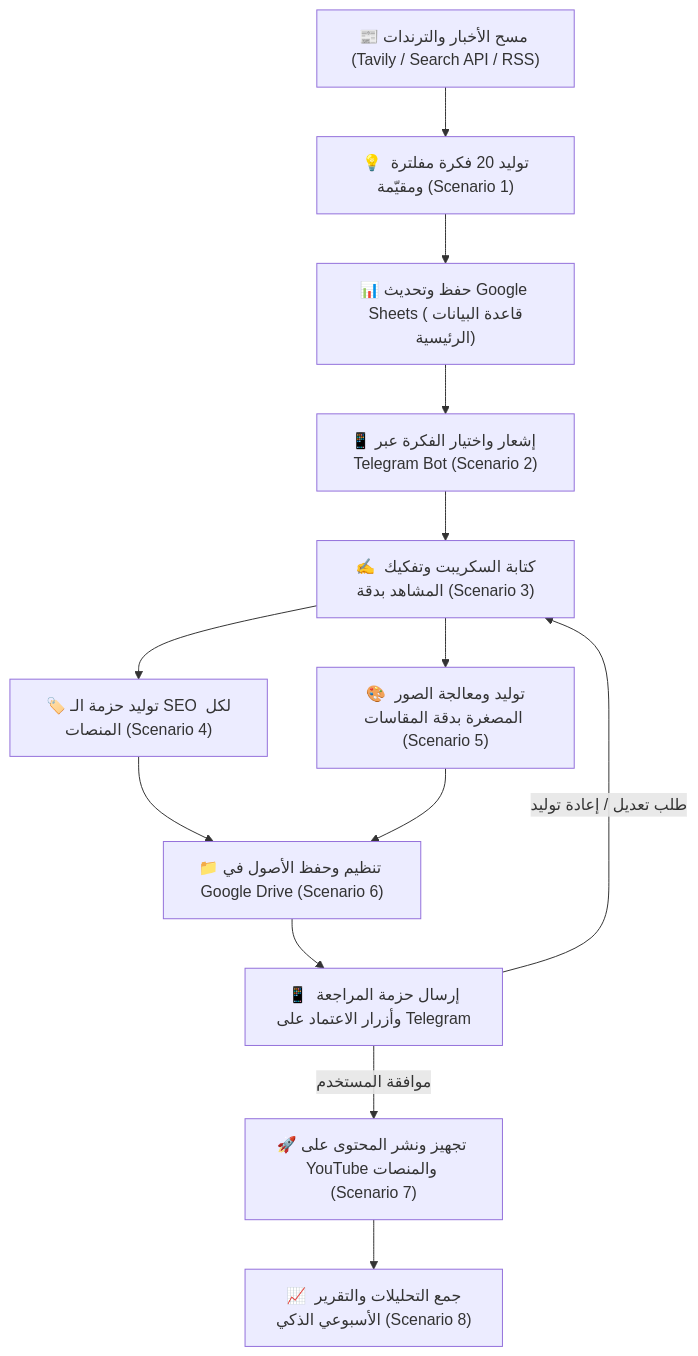
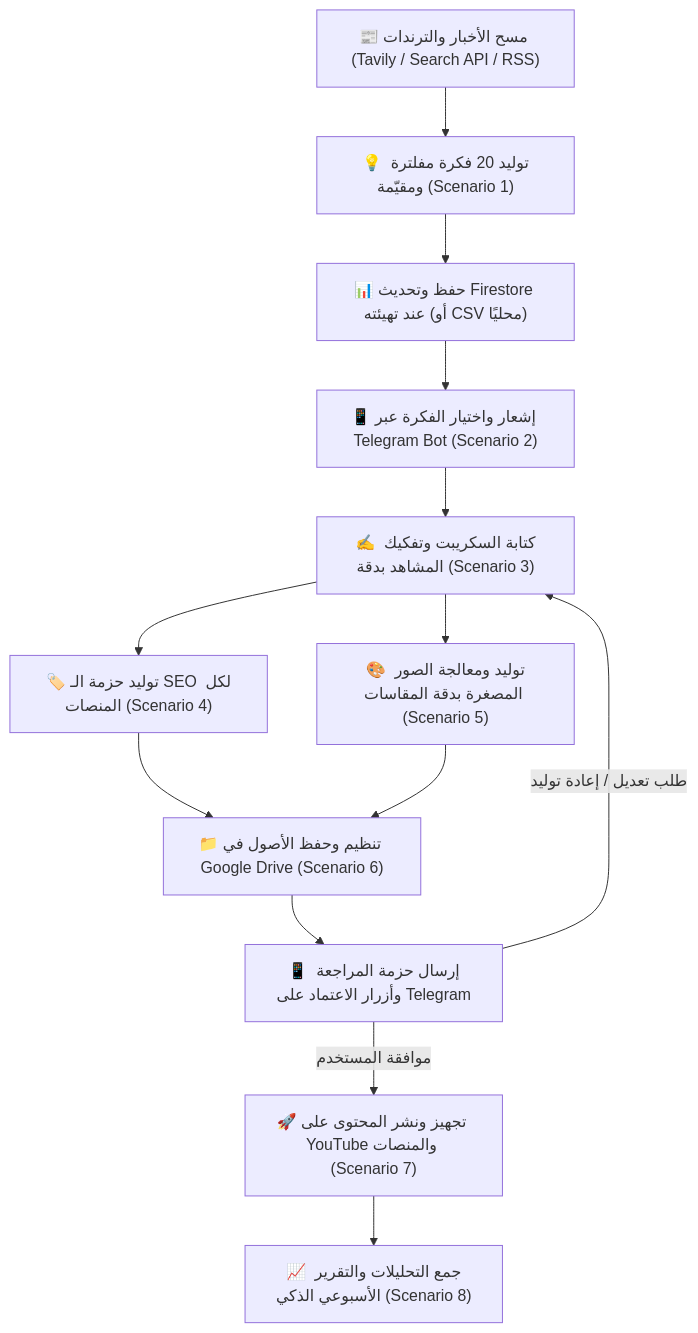
The diagram in README.md (ahmedmorgan86/ai-content-factory), drawn with Mermaid before and after one commit. The commit also changed other lines of this file and 26 other files, not shown here.

````diff
--- a/README.md
+++ b/README.md
@@ -13,15 +14,15 @@
 ```mermaid
 flowchart TD
     A["📰 مسح الأخبار والترندات (Tavily / Search API / RSS)"] --> B["💡 توليد 20 فكرة مفلترة ومقيّمة (Scenario 1)"]
-    B --> C["📊 حفظ وتحديث Google Sheets (قاعدة البيانات الرئيسية)"]
+    B --> C["📊 حفظ وتحديث Firestore عند تهيئته (أو CSV محليًا)"]
     C --> D["📱 إشعار واختيار الفكرة عبر Telegram Bot (Scenario 2)"]
     D --> E["✍️ كتابة السكريبت وتفكيك المشاهد بدقة (Scenario 3)"]
     E --> F["🏷️ توليد حزمة الـ SEO لكل المنصات (Scenario 4)"]
     E --> G["🎨 توليد ومعالجة الصور المصغرة بدقة المقاسات (Scenario 5)"]
     F --> H["📁 تنظيم وحفظ الأصول في Google Drive (Scenario 6)"]
     G --> H
     H --> I["📱 إرسال حزمة المراجعة وأزرار الاعتماد على Telegram"]
     I -->|موافقة المستخدم| J["🚀 تجهيز ونشر المحتوى على YouTube والمنصات (Scenario 7)"]
     I -->|طلب تعديل / إعادة توليد| E
     J --> K["📈 جمع التحليلات والتقرير الأسبوعي الذكي (Scenario 8)"]
 ```
````
